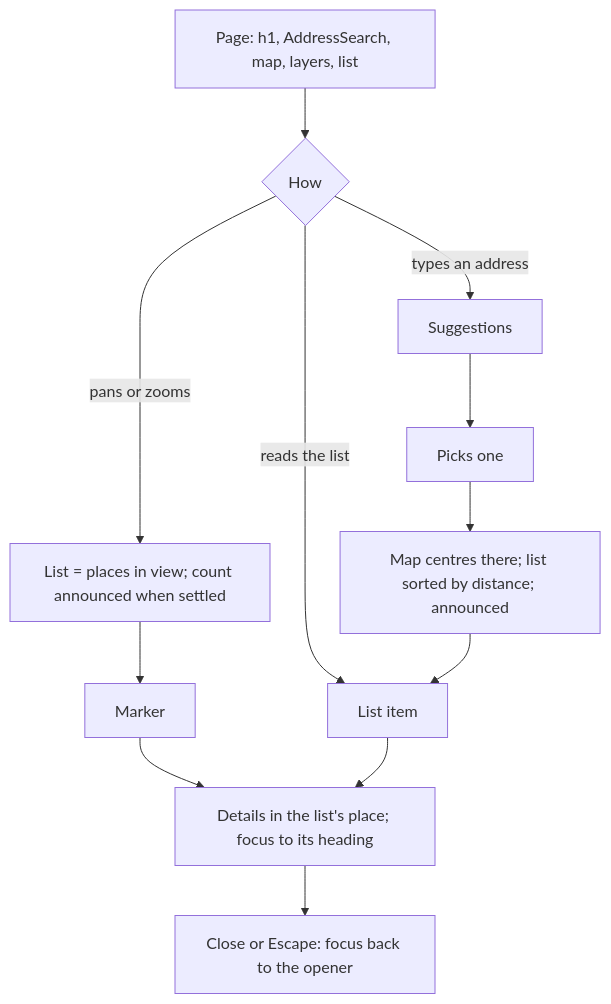
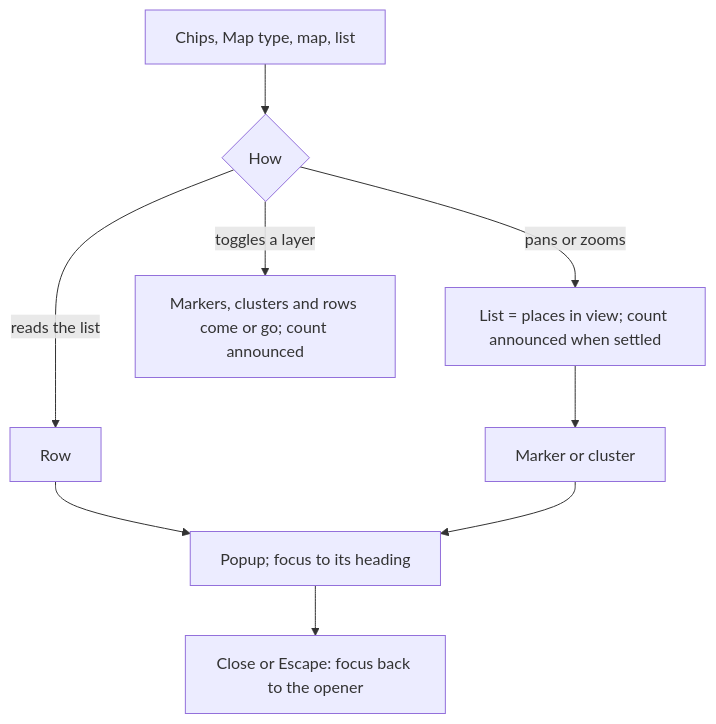
One commit to kvirn/ui changed the diagram in docs/design/map.md. Above: the diagram before and after it, drawn with Mermaid. The commit also changed other lines of this file and 46 other files, not shown here.

````diff
--- a/docs/design/map.md
+++ b/docs/design/map.md
@@ -37,10 +16,9 @@
 ```mermaid
 flowchart TD
-  A[Page: h1, AddressSearch, map, layers, list] --> B{How}
-  B -->|types an address| C[Suggestions] --> D[Picks one] --> E[Map centres there; list sorted by distance; announced]
-  B -->|pans or zooms| F[List = places in view; count announced when settled]
-  B -->|reads the list| G[List item]
-  E --> G
-  F --> H[Marker] --> I[Details in the list's place; focus to its heading]
-  G --> I --> J[Close or Escape: focus back to the opener]
+  A[Chips, Map type, map, list] --> B{How}
+  B -->|pans or zooms| C[List = places in view; count announced when settled]
+  B -->|toggles a layer| D[Markers, clusters and rows come or go; count announced]
+  B -->|reads the list| E[Row] --> G
+  C --> F[Marker or cluster] --> G[Popup; focus to its heading]
+  G --> H[Close or Escape: focus back to the opener]
 ```
````
